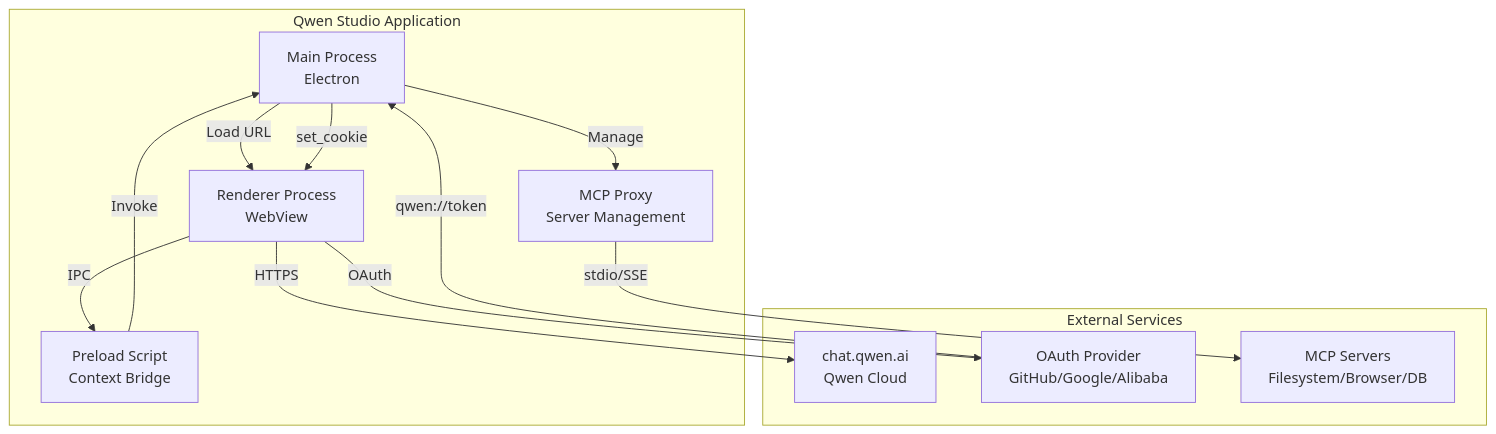
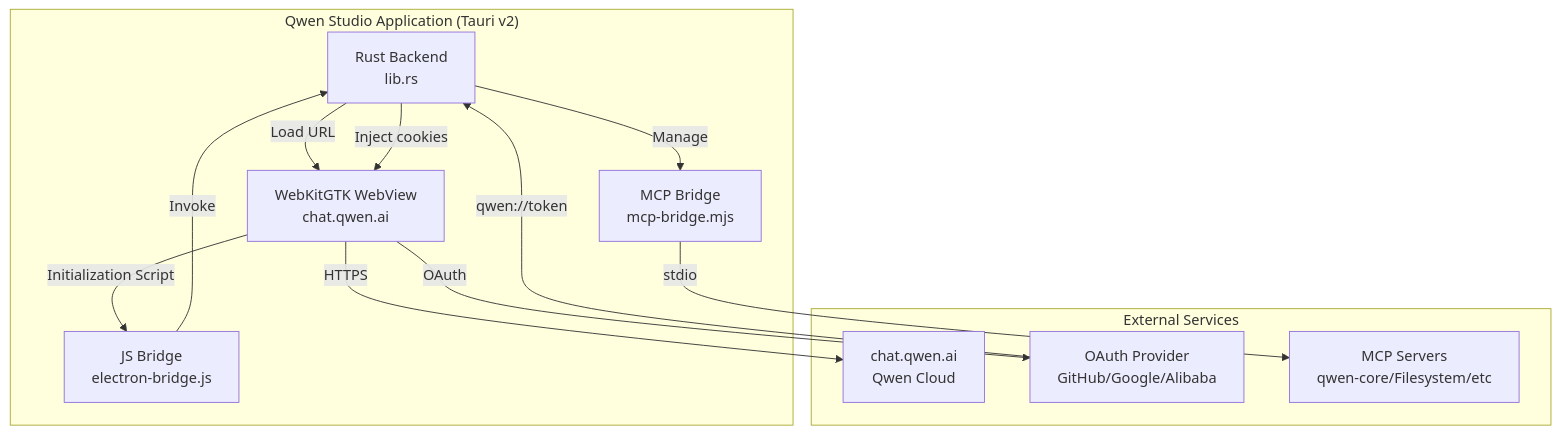
The first of 2 diagrams in README.md (LeanBitLab/qwenLean), drawn with Mermaid before and after one commit. The commit also changed other lines of this file and 1 other file, not shown here.

First line of the commit message:
docs: create AGENTS.md handoff file, update README for Tauri v2

````diff
--- a/README.md
+++ b/README.md
@@ -113,25 +63,25 @@
 ```mermaid
 graph TB
-    subgraph QwenStudio["Qwen Studio Application"]
-        Main[Main Process<br/>Electron]
-        Render[Renderer Process<br/>WebView]
-        Preload[Preload Script<br/>Context Bridge]
-        MCP[MCP Proxy<br/>Server Management]
+    subgraph QwenStudio["Qwen Studio Application (Tauri v2)"]
+        Rust[Rust Backend<br/>lib.rs]
+        WebView[WebKitGTK WebView<br/>chat.qwen.ai]
+        Bridge[JS Bridge<br/>electron-bridge.js]
+        MCP[MCP Bridge<br/>mcp-bridge.mjs]
     end
 
     subgraph External["External Services"]
         Qwen[chat.qwen.ai<br/>Qwen Cloud]
         OAuth[OAuth Provider<br/>GitHub/Google/Alibaba]
-        MCPS[MCP Servers<br/>Filesystem/Browser/DB]
+        MCPS[MCP Servers<br/>qwen-core/Filesystem/etc]
     end
 
-    Main -->|Load URL| Render
-    Render -->|IPC| Preload
-    Preload -->|Invoke| Main
-    Main -->|Manage| MCP
-    MCP -->|stdio/SSE| MCPS
-    Render -->|HTTPS| Qwen
-    Render -->|OAuth| OAuth
-    OAuth -->|qwen://token| Main
-    Main -->|set_cookie| Render
+    Rust -->|Load URL| WebView
+    WebView -->|Initialization Script| Bridge
+    Bridge -->|Invoke| Rust
+    Rust -->|Manage| MCP
+    MCP -->|stdio| MCPS
+    WebView -->|HTTPS| Qwen
+    WebView -->|OAuth| OAuth
+    OAuth -->|qwen://token| Rust
+    Rust -->|Inject cookies| WebView
 ```
````
